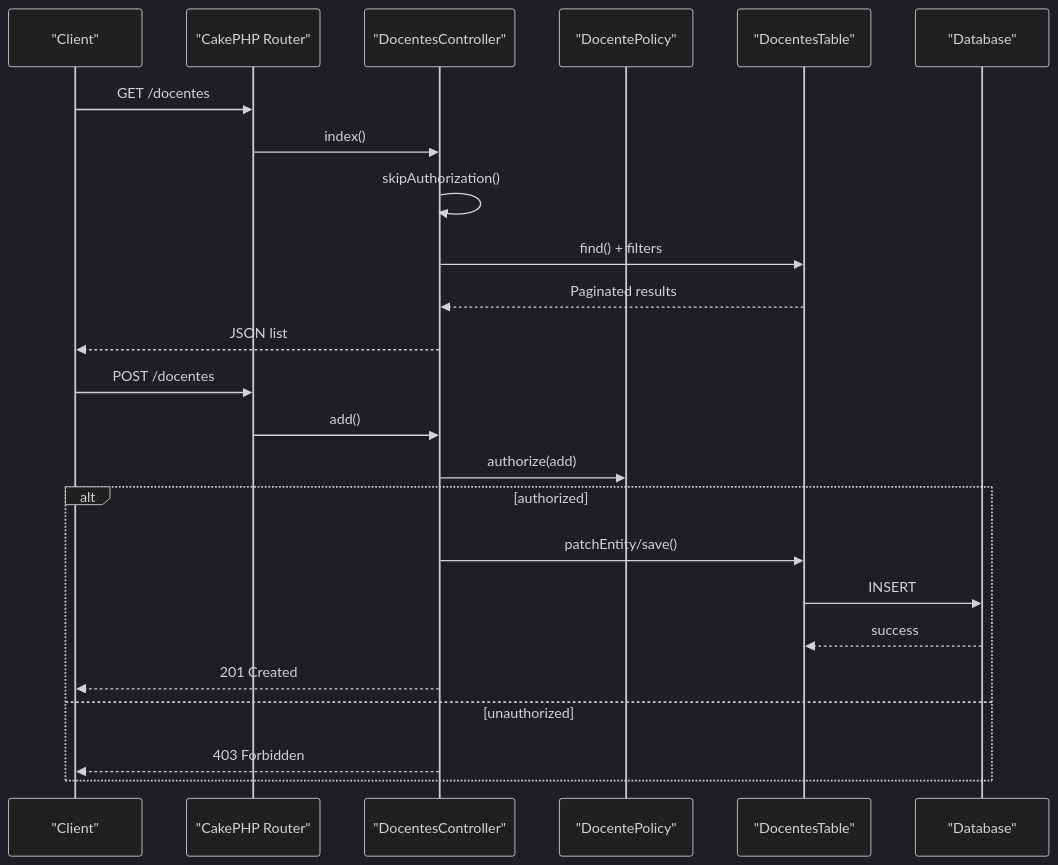
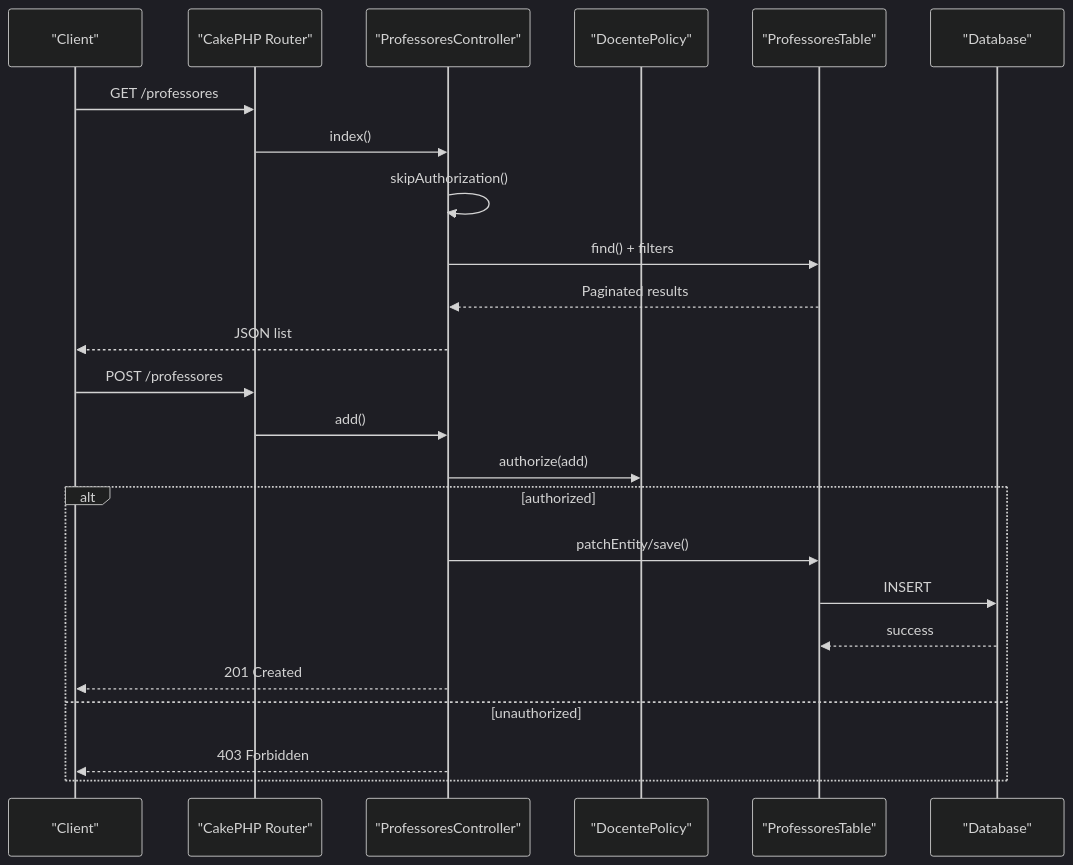
The second of 5 diagrams in .qoder/repowiki/en/content/API Reference/Faculty Management API.md (luiseduacosta/planejamento5), drawn with Mermaid (dark theme) before and after one commit. The commit also changed other lines of this file and 37 other files, not shown here.

Commit message:
repowiki: rename Docentes → Professores in metadata

````diff
--- a/.qoder/repowiki/en/content/API Reference/Faculty Management API.md
+++ b/.qoder/repowiki/en/content/API Reference/Faculty Management API.md
@@ -127,26 +127,26 @@
 ```mermaid
 sequenceDiagram
 participant Client as "Client"
 participant Router as "CakePHP Router"
-participant Controller as "DocentesController"
+participant Controller as "ProfessoresController"
 participant Policy as "DocentePolicy"
-participant Table as "DocentesTable"
+participant Table as "ProfessoresTable"
 participant DB as "Database"
-Client->>Router : GET /docentes
+Client->>Router : GET /professores
 Router->>Controller : index()
 Controller->>Controller : skipAuthorization()
 Controller->>Table : find() + filters
 Table-->>Controller : Paginated results
 Controller-->>Client : JSON list
-Client->>Router : POST /docentes
+Client->>Router : POST /professores
 Router->>Controller : add()
 Controller->>Policy : authorize(add)
 alt authorized
 Controller->>Table : patchEntity/save()
 Table->>DB : INSERT
 DB-->>Table : success
 Controller-->>Client : 201 Created
 else unauthorized
 Controller-->>Client : 403 Forbidden
 end
 ```
````
